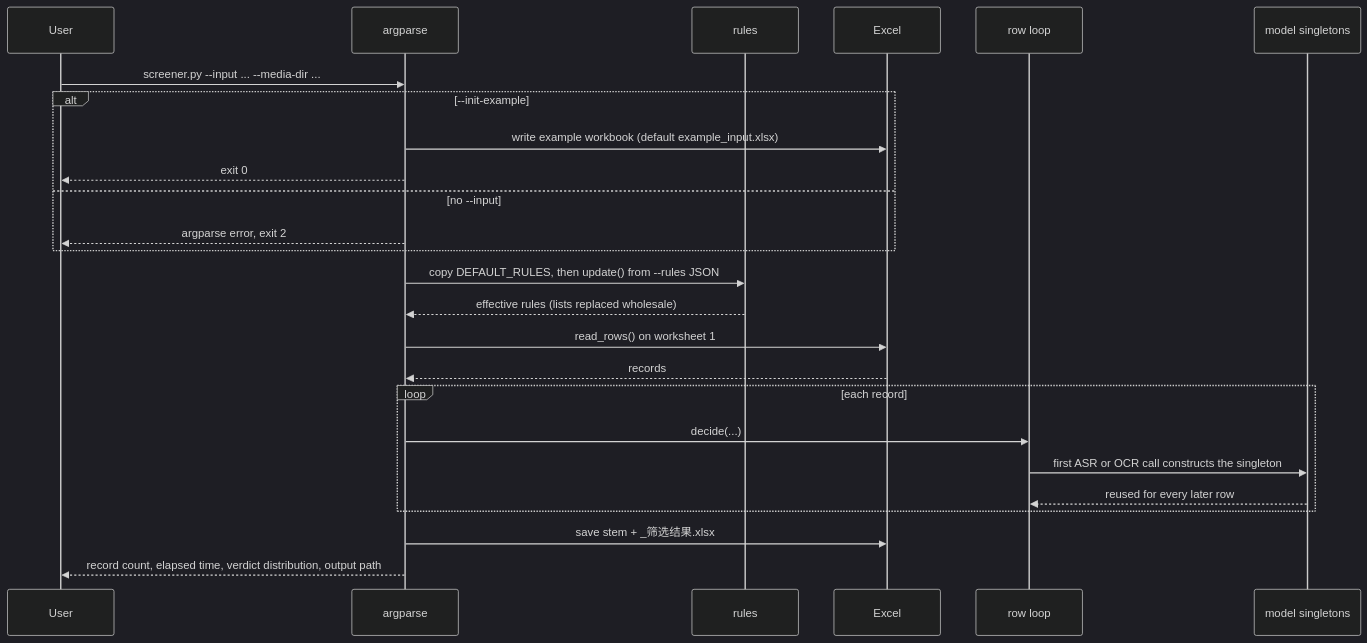
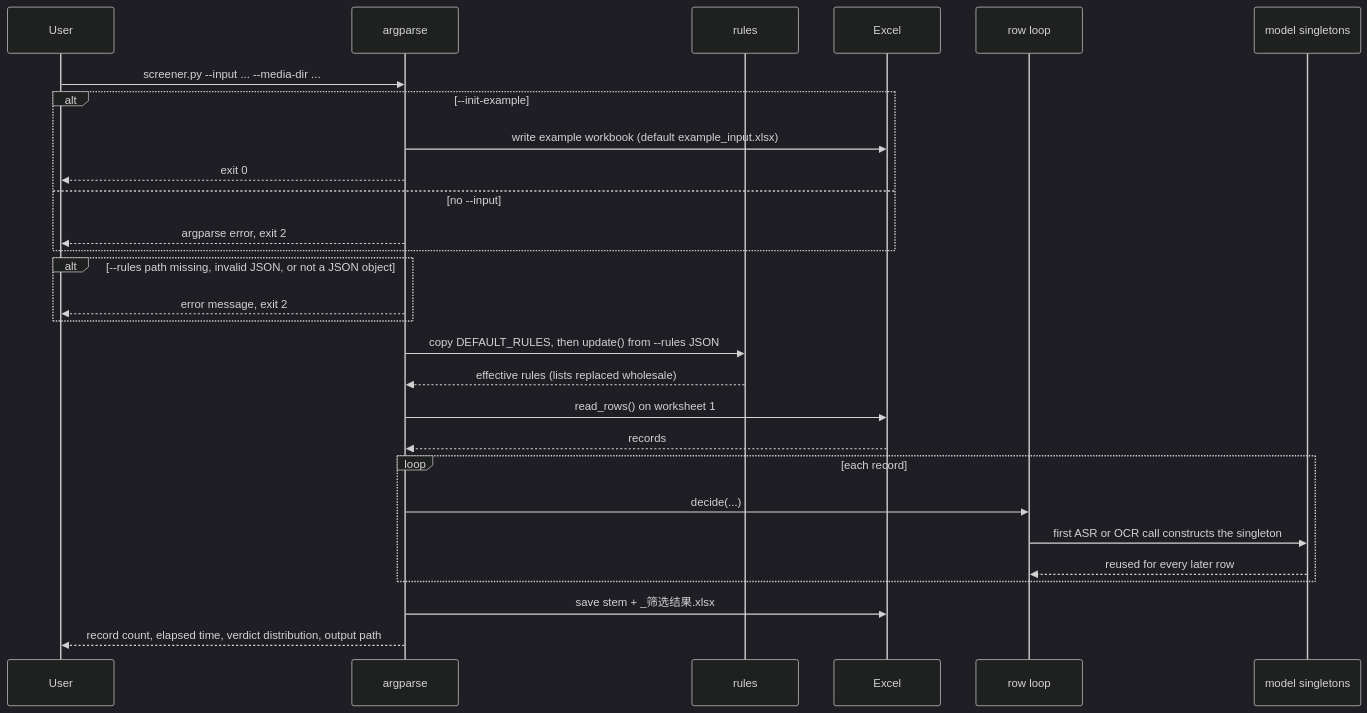
One commit to Ethan-upgrade/sv-topic-screener changed the third of 6 diagrams in README.md. Above: the diagram before and after it, drawn with Mermaid (dark theme). The commit also changed other lines of this file and 4 other files, not shown here.

````diff
--- a/README.md
+++ b/README.md
@@ -204,28 +229,31 @@
 ```mermaid
 sequenceDiagram
     participant U as User
     participant A as argparse
     participant R as rules
     participant X as Excel
     participant L as row loop
     participant C as model singletons
 
     U->>A: screener.py --input ... --media-dir ...
     alt --init-example
         A->>X: write example workbook (default example_input.xlsx)
         A-->>U: exit 0
     else no --input
         A-->>U: argparse error, exit 2
     end
+    alt --rules path missing, invalid JSON, or not a JSON object
+        A-->>U: error message, exit 2
+    end
     A->>R: copy DEFAULT_RULES, then update() from --rules JSON
     R-->>A: effective rules (lists replaced wholesale)
     A->>X: read_rows() on worksheet 1
     X-->>A: records
     loop each record
         A->>L: decide(...)
         L->>C: first ASR or OCR call constructs the singleton
         C-->>L: reused for every later row
     end
     A->>X: save stem + _筛选结果.xlsx
     A-->>U: record count, elapsed time, verdict distribution, output path
 ```
````
